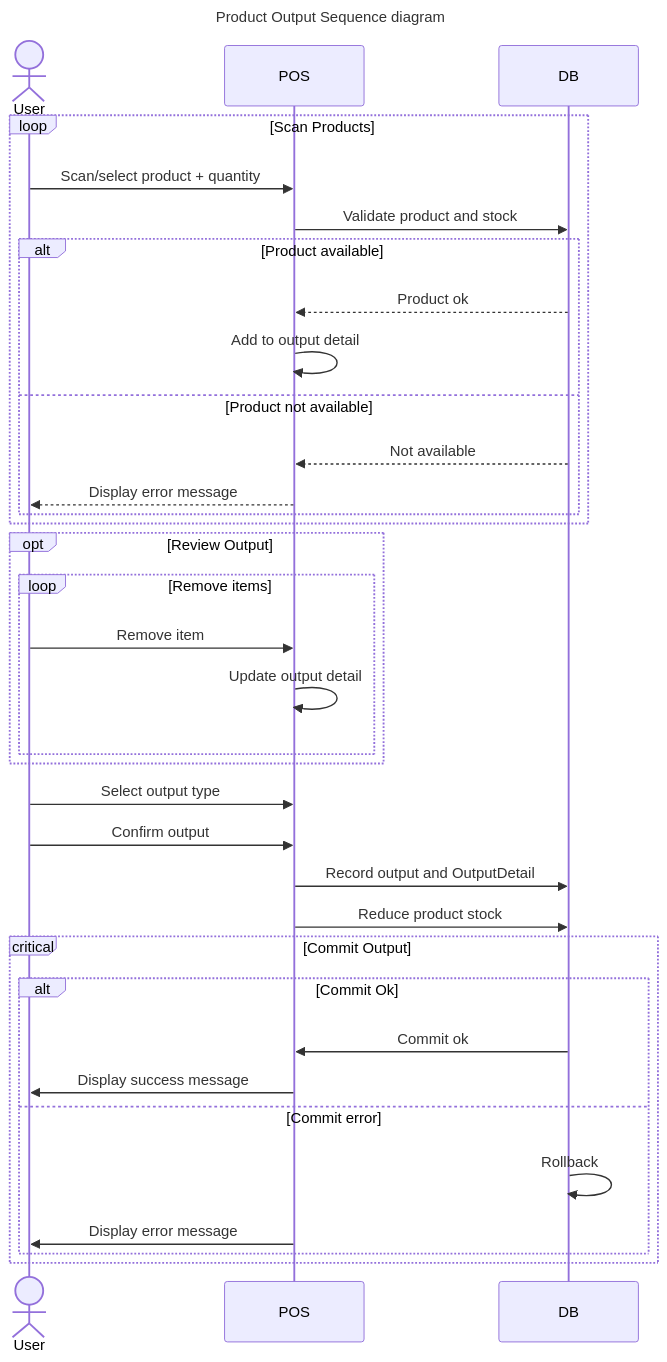
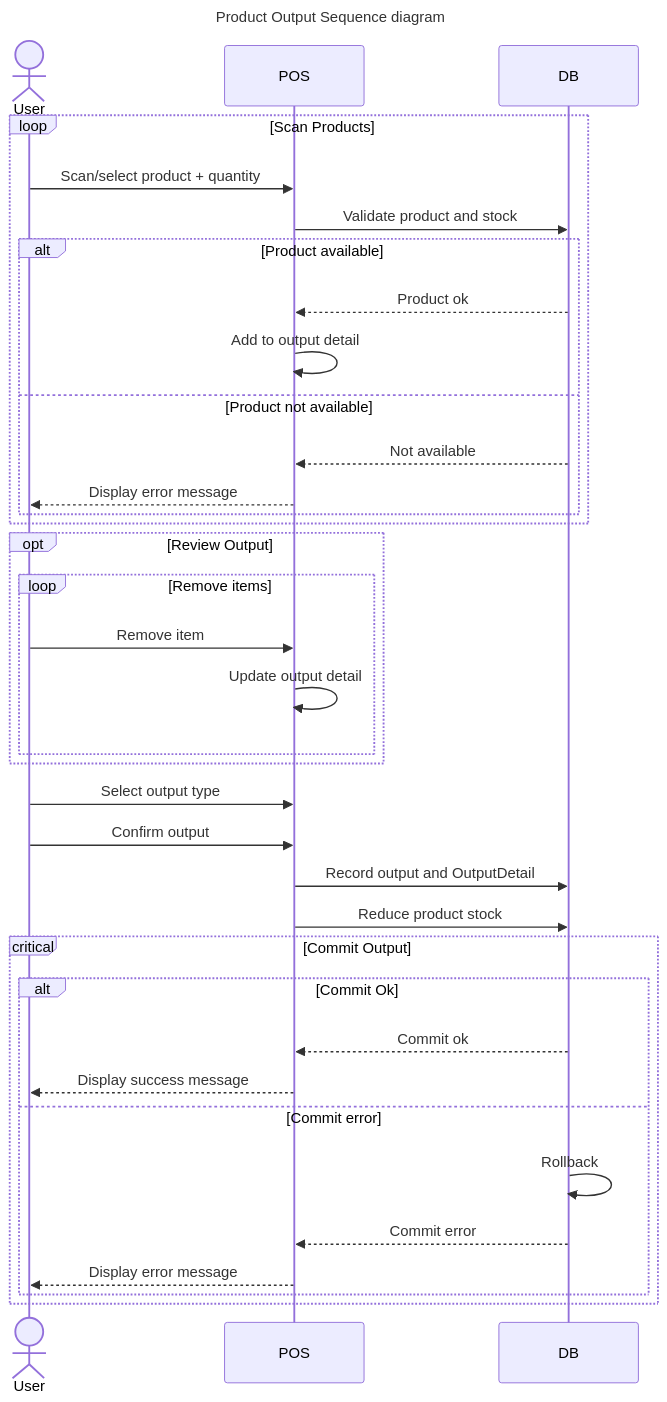
The fifth of 6 diagrams in Docs/04_Desing.md (SoyDavidJoan/Sugar_free_POS), drawn with Mermaid before and after one commit. The commit also changed other lines of this file and 4 other files, not shown here.

Commit message:
Add Cancel sale sequence diagram image and update design document

````diff
--- a/Docs/04_Desing.md
+++ b/Docs/04_Desing.md
@@ -308,39 +310,40 @@
 ```mermaid
 ---
 title: Product Output Sequence diagram
 ---
 sequenceDiagram
   actor User as User
   participant POS as POS
   participant DB as DB
   loop Scan Products
     User ->> POS: Scan/select product + quantity
     POS ->> DB: Validate product and stock
     alt Product available
       DB -->> POS: Product ok
       POS ->> POS: Add to output detail
     else Product not available
       DB -->> POS: Not available
       POS -->> User: Display error message
     end
   end
   opt Review Output
     loop Remove items
       User ->> POS: Remove item
       POS ->> POS: Update output detail
     end
   end
   User ->> POS: Select output type
   User ->> POS: Confirm output
   POS ->> DB: Record output and OutputDetail
   POS ->> DB: Reduce product stock
   critical Commit Output 
     alt Commit Ok
-      DB ->> POS: Commit ok
-      POS ->> User: Display success message
+      DB -->> POS: Commit ok
+      POS -->> User: Display success message
     else Commit error
       DB ->> DB: Rollback
-      POS ->> User: Display error message
+      DB -->> POS: Commit error
+      POS -->> User: Display error message
     end
   end
 ```
````
